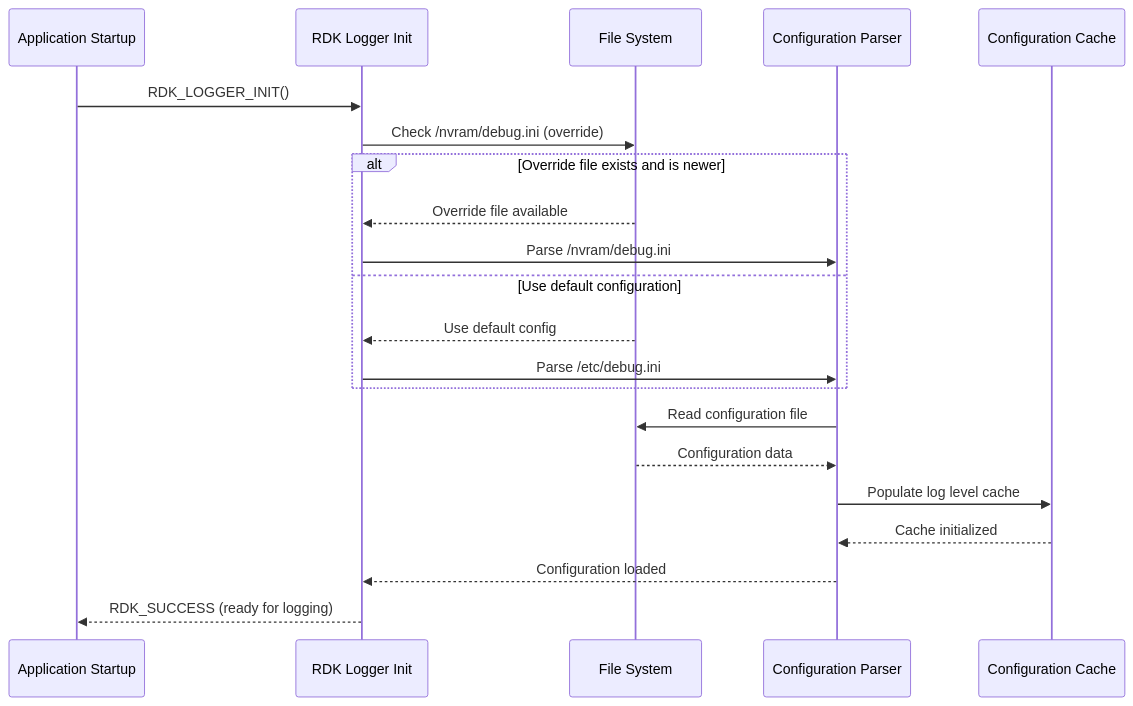
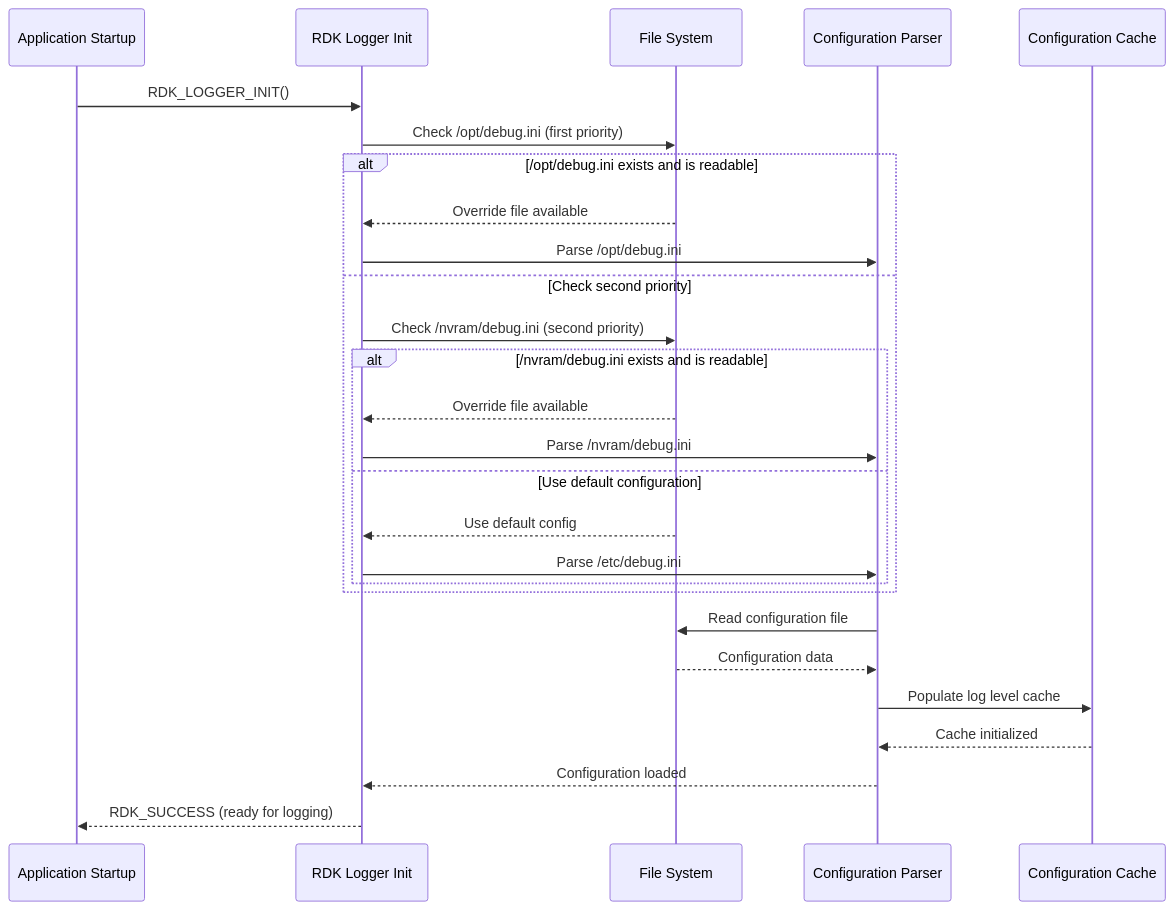
One commit to rdkcentral/rdk_logger changed the ninth of 9 diagrams in docs/README.md. Above: the diagram before and after it, drawn with Mermaid. The commit also changed other lines of this file, not shown here.

````diff
--- a/docs/README.md
+++ b/docs/README.md
@@ -453,26 +462,32 @@
 ```mermaid
 sequenceDiagram
     participant App as Application Startup
     participant RDKLogger as RDK Logger Init
     participant FileSystem as File System
     participant ConfigParser as Configuration Parser
     participant ConfigCache as Configuration Cache
 
     App->>RDKLogger: RDK_LOGGER_INIT()
-    RDKLogger->>FileSystem: Check /nvram/debug.ini (override)
+    RDKLogger->>FileSystem: Check /opt/debug.ini (first priority)
     
-    alt Override file exists and is newer
+    alt /opt/debug.ini exists and is readable
         FileSystem-->>RDKLogger: Override file available
-        RDKLogger->>ConfigParser: Parse /nvram/debug.ini
-    else Use default configuration
-        FileSystem-->>RDKLogger: Use default config
-        RDKLogger->>ConfigParser: Parse /etc/debug.ini
+        RDKLogger->>ConfigParser: Parse /opt/debug.ini
+    else Check second priority
+        RDKLogger->>FileSystem: Check /nvram/debug.ini (second priority)
+        alt /nvram/debug.ini exists and is readable
+            FileSystem-->>RDKLogger: Override file available
+            RDKLogger->>ConfigParser: Parse /nvram/debug.ini
+        else Use default configuration
+            FileSystem-->>RDKLogger: Use default config
+            RDKLogger->>ConfigParser: Parse /etc/debug.ini
+        end
     end
     
     ConfigParser->>FileSystem: Read configuration file
     FileSystem-->>ConfigParser: Configuration data
     ConfigParser->>ConfigCache: Populate log level cache
     ConfigCache-->>ConfigParser: Cache initialized
     ConfigParser-->>RDKLogger: Configuration loaded
     RDKLogger-->>App: RDK_SUCCESS (ready for logging)
 ```
````
